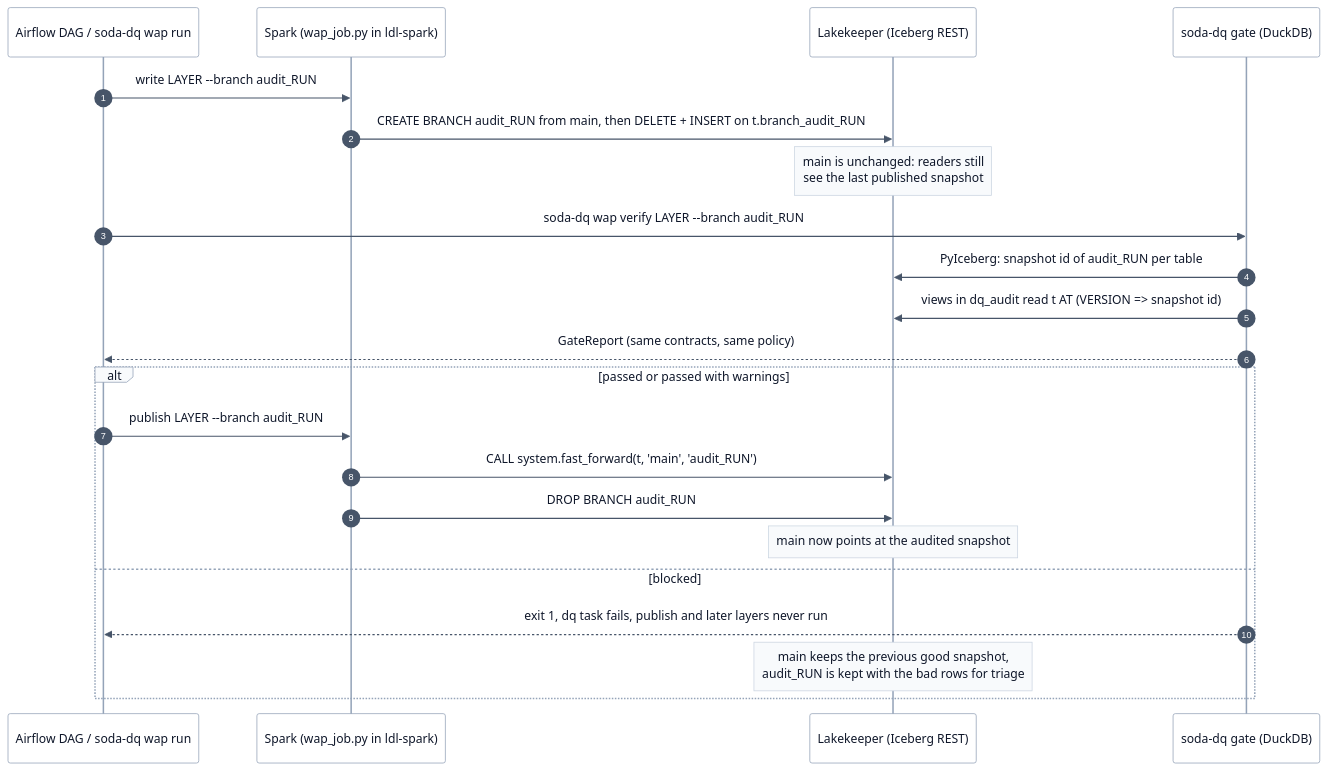
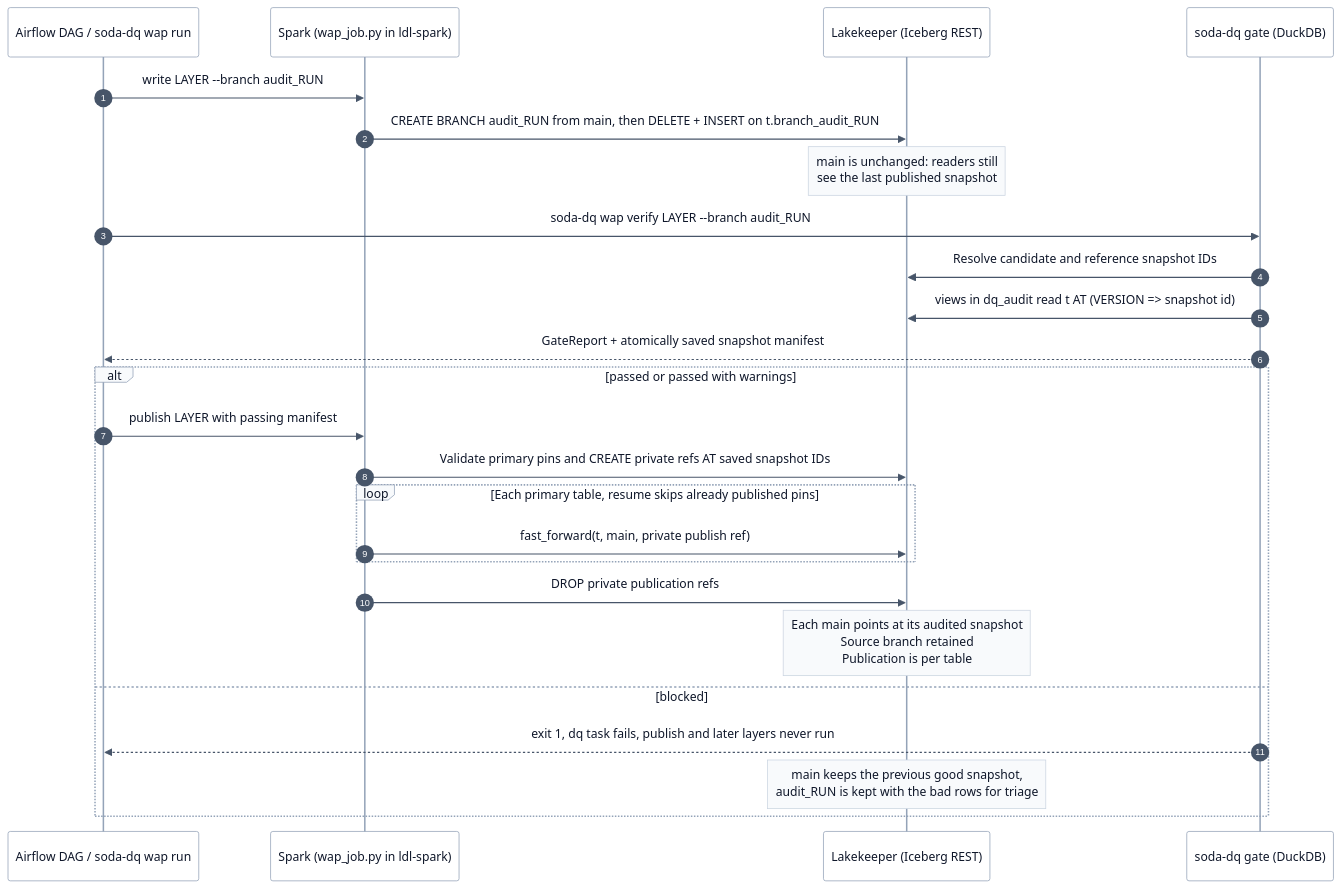
Before and after one commit to santoshshinde2012/lakehouse-quality-gates: the diagram in docs/architecture/write-audit-publish.md, drawn with Mermaid. The commit also changed other lines of this file and 422 other files, not shown here.

````diff
--- a/docs/architecture/write-audit-publish.md
+++ b/docs/architecture/write-audit-publish.md
@@ -15,29 +15,32 @@
 ```mermaid
 %%{init: {'theme':'base','themeVariables':{'fontFamily':'Inter, system-ui, -apple-system, Segoe UI, Helvetica, Arial, sans-serif','fontSize':'14px','primaryColor':'#ffffff','primaryTextColor':'#0f172a','primaryBorderColor':'#94a3b8','secondaryColor':'#f8fafc','tertiaryColor':'#f8fafc','lineColor':'#64748b','textColor':'#0f172a','clusterBkg':'#f8fafc','clusterBorder':'#cbd5e1','titleColor':'#334155','edgeLabelBackground':'#ffffff','noteBkgColor':'#f8fafc','noteTextColor':'#0f172a','noteBorderColor':'#cbd5e1','actorBkg':'#ffffff','actorBorder':'#94a3b8','actorTextColor':'#0f172a','actorLineColor':'#94a3b8','signalColor':'#475569','signalTextColor':'#0f172a','labelBoxBkgColor':'#f8fafc','labelBoxBorderColor':'#94a3b8','labelTextColor':'#0f172a','loopTextColor':'#0f172a','activationBkgColor':'#eef2ff','activationBorderColor':'#4f46e5','sequenceNumberColor':'#ffffff','classText':'#0f172a','xyChart':{'backgroundColor':'#ffffff','plotColorPalette':'#4f46e5, #d97706, #0d9488','titleColor':'#0f172a','xAxisLabelColor':'#334155','yAxisLabelColor':'#334155','xAxisLineColor':'#94a3b8','yAxisLineColor':'#94a3b8'}}}}%%
 %% Title: Write-audit-publish
 %% Purpose: How each layer stays on an Iceberg audit branch until its gate passes
 %% Last updated: 2026-10-14
 %% Theme: docs/diagrams/THEME.md (shared init line above). Edit here, then run: make diagrams
 sequenceDiagram
   autonumber
   participant AF as Airflow DAG / soda-dq wap run
   participant SP as Spark (wap_job.py in ldl-spark)
   participant LK as Lakekeeper (Iceberg REST)
   participant DQ as soda-dq gate (DuckDB)
   AF->>SP: write LAYER --branch audit_RUN
   SP->>LK: CREATE BRANCH audit_RUN from main, then DELETE + INSERT on t.branch_audit_RUN
   Note over LK: main is unchanged: readers still<br/>see the last published snapshot
   AF->>DQ: soda-dq wap verify LAYER --branch audit_RUN
-  DQ->>LK: PyIceberg: snapshot id of audit_RUN per table
+  DQ->>LK: Resolve candidate and reference snapshot IDs
   DQ->>LK: views in dq_audit read t AT (VERSION => snapshot id)
-  DQ-->>AF: GateReport (same contracts, same policy)
+  DQ-->>AF: GateReport + atomically saved snapshot manifest
   alt passed or passed with warnings
-    AF->>SP: publish LAYER --branch audit_RUN
-    SP->>LK: CALL system.fast_forward(t, 'main', 'audit_RUN')
-    SP->>LK: DROP BRANCH audit_RUN
-    Note over LK: main now points at the audited snapshot
+    AF->>SP: publish LAYER with passing manifest
+    SP->>LK: Validate primary pins and CREATE private refs AT saved snapshot IDs
+    loop Each primary table, resume skips already published pins
+      SP->>LK: fast_forward(t, main, private publish ref)
+    end
+    SP->>LK: DROP private publication refs
+    Note over LK: Each main points at its audited snapshot<br/>Source branch retained<br/>Publication is per table
   else blocked
     DQ-->>AF: exit 1, dq task fails, publish and later layers never run
     Note over LK: main keeps the previous good snapshot,<br/>audit_RUN is kept with the bad rows for triage
   end
 ```
````
